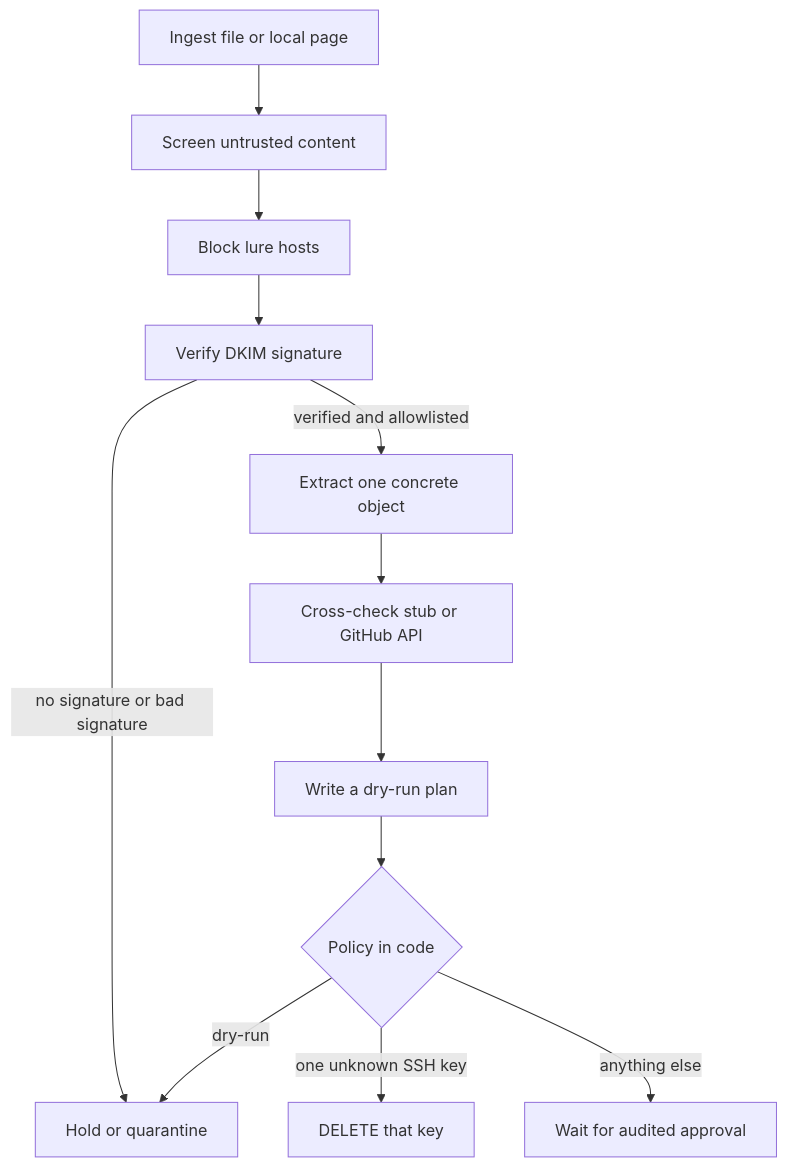
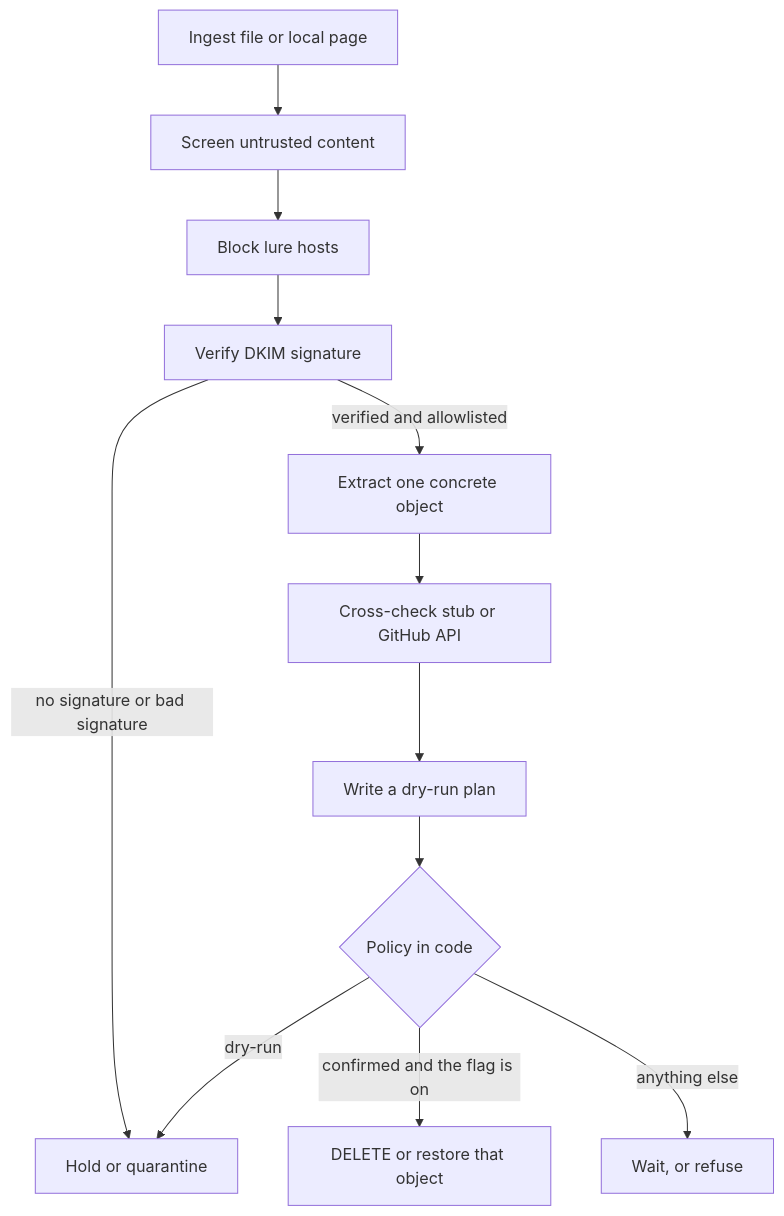
One commit to Mzee04/hijackrewind changed the diagram in README.md. Above: the diagram before and after it, drawn with Mermaid. The commit also changed other lines of this file and 51 other files, not shown here.

````diff
--- a/README.md
+++ b/README.md
@@ -11,14 +11,14 @@
 ```mermaid
 flowchart TD
   ingest[Ingest file or local page] --> screen[Screen untrusted content]
   screen --> egress[Block lure hosts]
   egress --> dkim[Verify DKIM signature]
   dkim -->|no signature or bad signature| stop[Hold or quarantine]
   dkim -->|verified and allowlisted| claim[Extract one concrete object]
   claim --> api[Cross-check stub or GitHub API]
   api --> plan[Write a dry-run plan]
   plan --> policy{Policy in code}
   policy -->|dry-run| stop
-  policy -->|one unknown SSH key| delete[DELETE that key]
-  policy -->|anything else| approve[Wait for audited approval]
+  policy -->|confirmed and the flag is on| delete[DELETE or restore that object]
+  policy -->|anything else| approve[Wait, or refuse]
 ```
````
